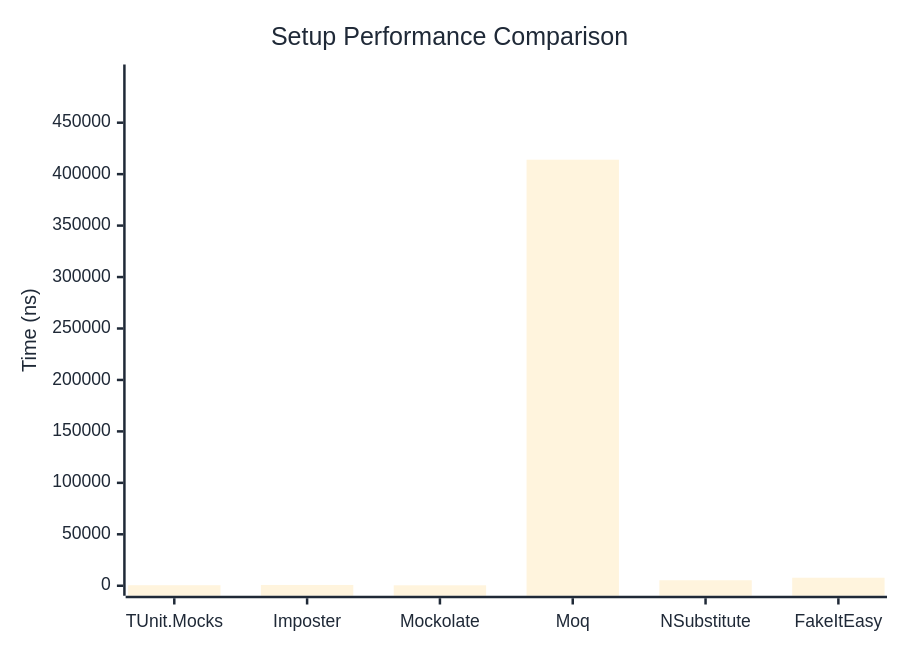
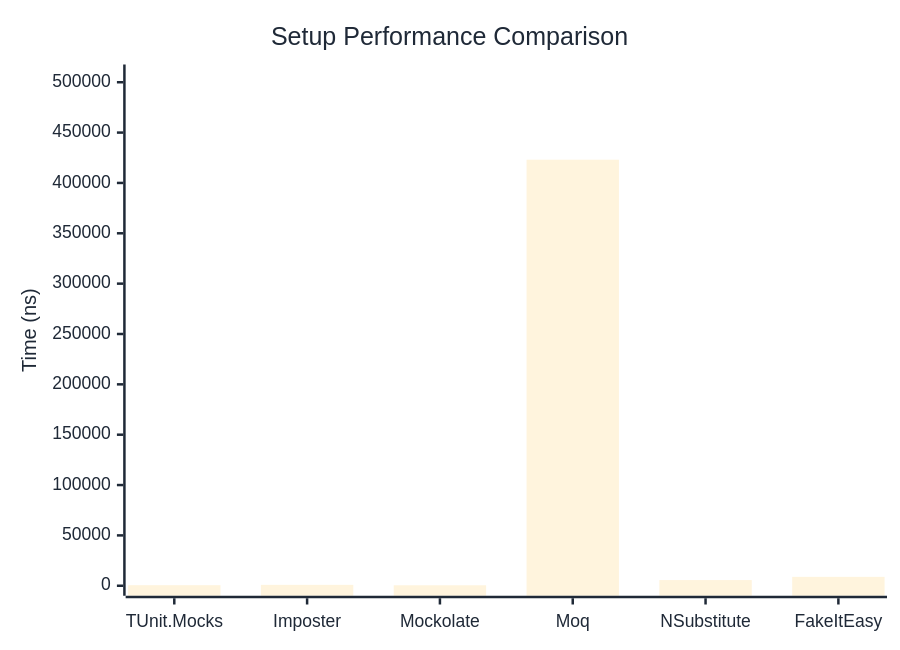
Before and after one commit to thomhurst/TUnit: the first of 2 diagrams in docs/docs/benchmarks/mocks/Setup.md, drawn with Mermaid. The commit also changed other lines of this file and 14 other files, not shown here.

````diff
--- a/docs/docs/benchmarks/mocks/Setup.md
+++ b/docs/docs/benchmarks/mocks/Setup.md
@@ -28,27 +28,27 @@
 ```mermaid
 %%{init: {
   'theme':'base',
   'themeVariables': {
     'primaryColor': '#2563eb',
     'primaryTextColor': '#1f2937',
     'primaryBorderColor': '#1e40af',
     'lineColor': '#6b7280',
     'secondaryColor': '#7c3aed',
     'tertiaryColor': '#dc2626',
     'background': '#ffffff',
     'pie1': '#2563eb',
     'pie2': '#7c3aed',
     'pie3': '#dc2626',
     'pie4': '#f59e0b',
     'pie5': '#10b981',
     'pie6': '#06b6d4',
     'pie7': '#ec4899',
     'pie8': '#6366f1'
   }
 }}%%
 xychart-beta
   title "Setup Performance Comparison"
   x-axis ["TUnit.Mocks", "Imposter", "Mockolate", "Moq", "NSubstitute", "FakeItEasy"]
-  y-axis "Time (ns)" 0 --> 496838
-  bar [526.2, 774.6, 436.4, 414031.5, 5342.1, 7782.8]
+  y-axis "Time (ns)" 0 --> 507682
+  bar [562.9, 893.4, 463.2, 423067.6, 5637.7, 8842.1]
 ```
````
